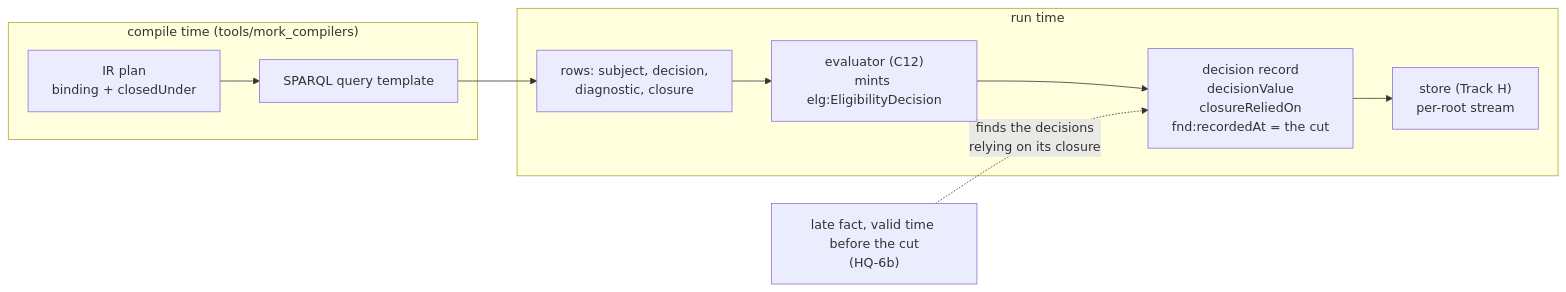
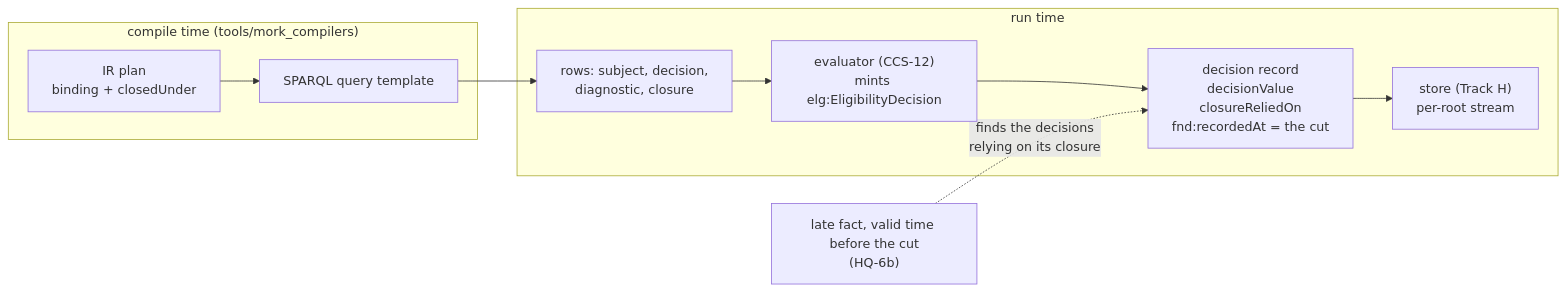
Before and after one commit to nebularis/lattice: diagram 28 of 36 in docs/developer/plans/computable-contract-substrate.md, drawn with Mermaid. The commit also changed other lines of this file and 422 other files, not shown here.

````diff
--- a/docs/developer/plans/computable-contract-substrate.md
+++ b/docs/developer/plans/computable-contract-substrate.md
@@ -4128,13 +4129,13 @@
 ```mermaid
 flowchart LR
     subgraph Compile["compile time (tools/mork_compilers)"]
         IR["IR plan<br/>binding + closedUnder"] --> Q["SPARQL query template"]
     end
     subgraph Run["run time"]
         Q --> R["rows: subject, decision,<br/>diagnostic, closure"]
-        R --> E["evaluator (C12)<br/>mints elg:EligibilityDecision"]
+        R --> E["evaluator (CCS-12)<br/>mints elg:EligibilityDecision"]
         E --> DR["decision record<br/>decisionValue<br/>closureReliedOn<br/>fnd:recordedAt = the cut"]
         DR --> S["store (Track H)<br/>per-root stream"]
     end
     LF["late fact, valid time before the cut<br/>(HQ-6b)"] -. "finds the decisions<br/>relying on its closure" .-> DR
 ```
````
